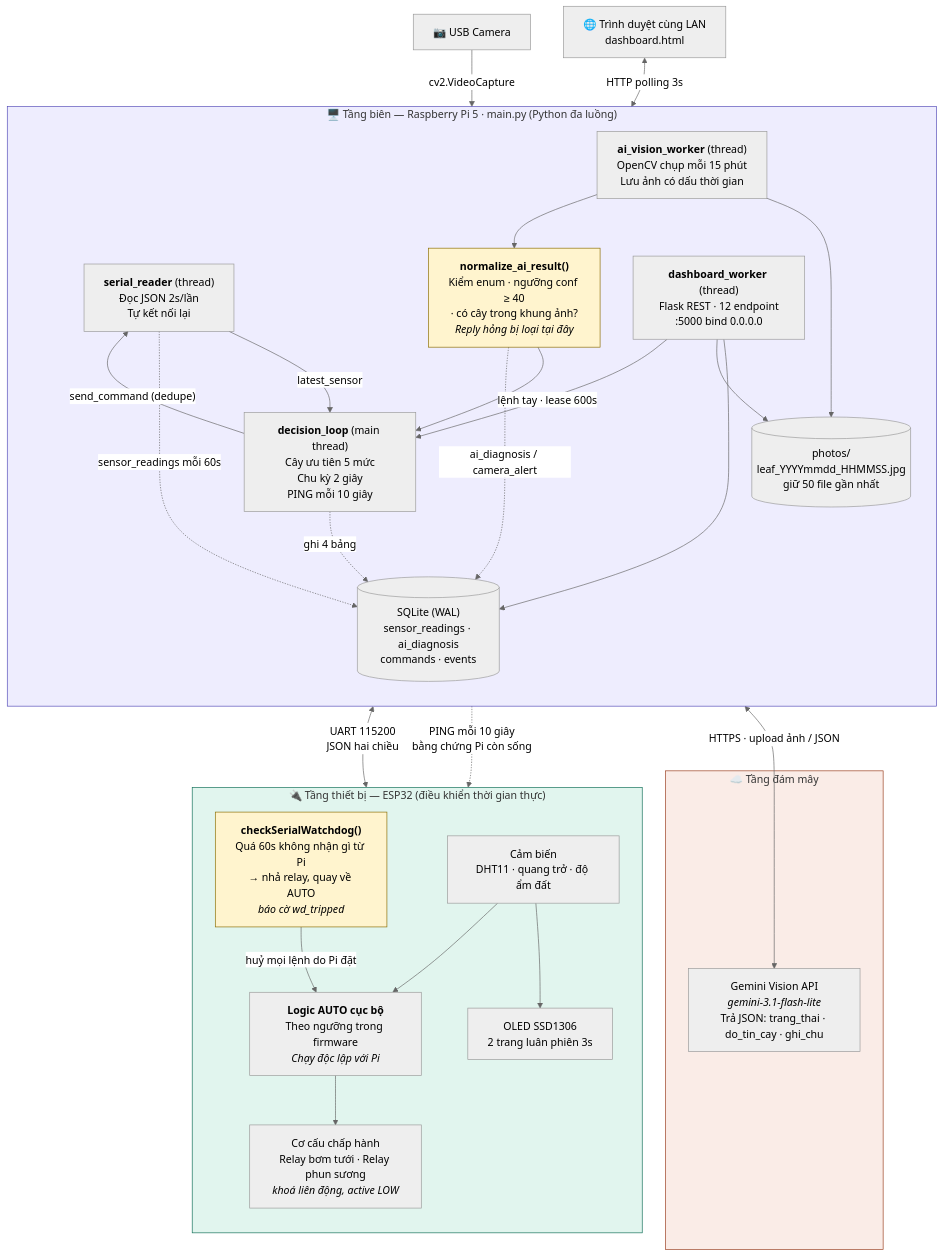
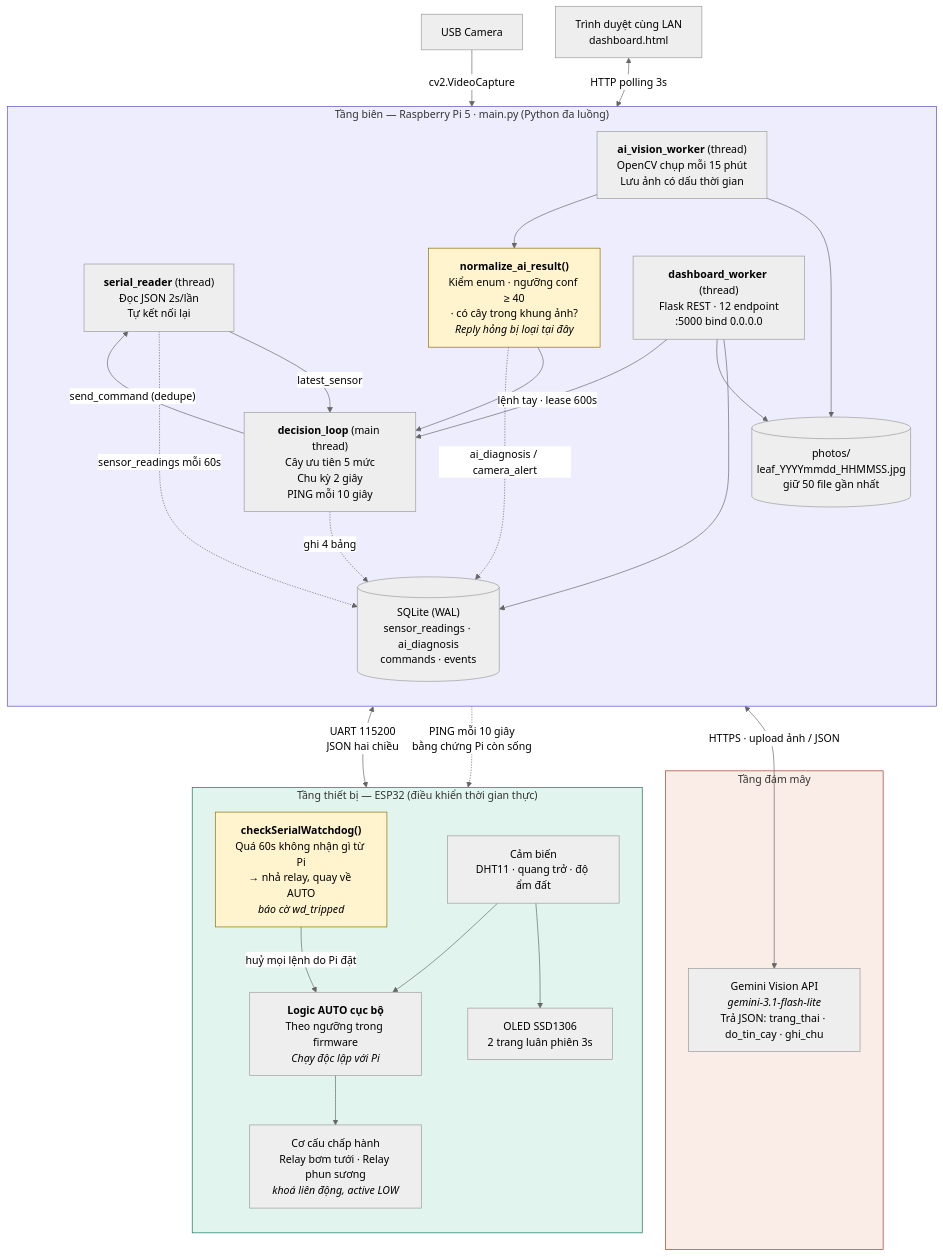
One commit to dtc245010034-rgb/Home-Garden-An-IoT-AI-System-for-Automated-Plant-Care-last changed the first of 8 diagrams in doc/smart_garden_diagrams_v2.md. Above: the diagram before and after it, drawn with Mermaid (neutral theme). The commit also changed other lines of this file and 6 other files, not shown here.

````diff
--- a/doc/smart_garden_diagrams_v2.md
+++ b/doc/smart_garden_diagrams_v2.md
@@ -41,55 +41,55 @@
 ```mermaid
 flowchart TB
-    subgraph CLOUD["☁️ Tầng đám mây"]
+    subgraph CLOUD["Tầng đám mây"]
         GEM["Gemini Vision API<br/><i>gemini-3.1-flash-lite</i><br/>Trả JSON: trang_thai · do_tin_cay · ghi_chu"]
     end
 
-    subgraph EDGE["🖥️ Tầng biên — Raspberry Pi 5 · main.py (Python đa luồng)"]
+    subgraph EDGE["Tầng biên — Raspberry Pi 5 · main.py (Python đa luồng)"]
         direction TB
         SR["<b>serial_reader</b> (thread)<br/>Đọc JSON 2s/lần<br/>Tự kết nối lại"]
         AI["<b>ai_vision_worker</b> (thread)<br/>OpenCV chụp mỗi 15 phút<br/>Lưu ảnh có dấu thời gian"]
         VAL["<b>normalize_ai_result()</b><br/>Kiểm enum · ngưỡng conf ≥ 40<br/>· có cây trong khung ảnh?<br/><i>Reply hỏng bị loại tại đây</i>"]
         DL["<b>decision_loop</b> (main thread)<br/>Cây ưu tiên 5 mức<br/>Chu kỳ 2 giây<br/>PING mỗi 10 giây"]
         API["<b>dashboard_worker</b> (thread)<br/>Flask REST · 12 endpoint<br/>:5000 bind 0.0.0.0"]
         DB[("SQLite (WAL)<br/>sensor_readings · ai_diagnosis<br/>commands · events")]
         PH[("photos/<br/>leaf_YYYYmmdd_HHMMSS.jpg<br/>giữ 50 file gần nhất")]
     end
 
-    subgraph MCU["🔌 Tầng thiết bị — ESP32 (điều khiển thời gian thực)"]
+    subgraph MCU["Tầng thiết bị — ESP32 (điều khiển thời gian thực)"]
         direction TB
         SEN["Cảm biến<br/>DHT11 · quang trở · độ ẩm đất"]
         AUTO["<b>Logic AUTO cục bộ</b><br/>Theo ngưỡng trong firmware<br/><i>Chạy độc lập với Pi</i>"]
         ACT["Cơ cấu chấp hành<br/>Relay bơm tưới · Relay phun sương<br/><i>khoá liên động, active LOW</i>"]
         OLED["OLED SSD1306<br/>2 trang luân phiên 3s"]
         WD["<b>checkSerialWatchdog()</b><br/>Quá 60s không nhận gì từ Pi<br/>→ nhả relay, quay về AUTO<br/><i>báo cờ wd_tripped</i>"]
     end
 
-    CAM["📷 USB Camera"]
-    WEB["🌐 Trình duyệt cùng LAN<br/>dashboard.html"]
+    CAM["USB Camera"]
+    WEB["Trình duyệt cùng LAN<br/>dashboard.html"]
 
     CAM -->|"cv2.VideoCapture"| AI
     AI <-->|"HTTPS · upload ảnh / JSON"| GEM
     AI --> PH
     AI --> VAL
     VAL --> DL
     SR -->|"latest_sensor"| DL
     DL -->|"send_command (dedupe)"| SR
     SR <-->|"UART 115200<br/>JSON hai chiều"| SEN
     SR -.->|"PING mỗi 10 giây<br/>bằng chứng Pi còn sống"| WD
     WD -->|"huỷ mọi lệnh do Pi đặt"| AUTO
     SEN --> AUTO --> ACT
     SEN --> OLED
     DL -.->|"ghi 4 bảng"| DB
     VAL -.->|"ai_diagnosis / camera_alert"| DB
     SR -.->|"sensor_readings mỗi 60s"| DB
     WEB <-->|"HTTP polling 3s"| API
     API --> DB
     API --> PH
     API -->|"lệnh tay · lease 600s"| DL
 
     style CLOUD fill:#FAECE7,stroke:#993C1D
     style EDGE fill:#EEEDFE,stroke:#534AB7
     style MCU fill:#E1F5EE,stroke:#0F6E56
     style VAL fill:#FFF4CE,stroke:#8A6D00
     style WD fill:#FFF4CE,stroke:#8A6D00
 ```
````
